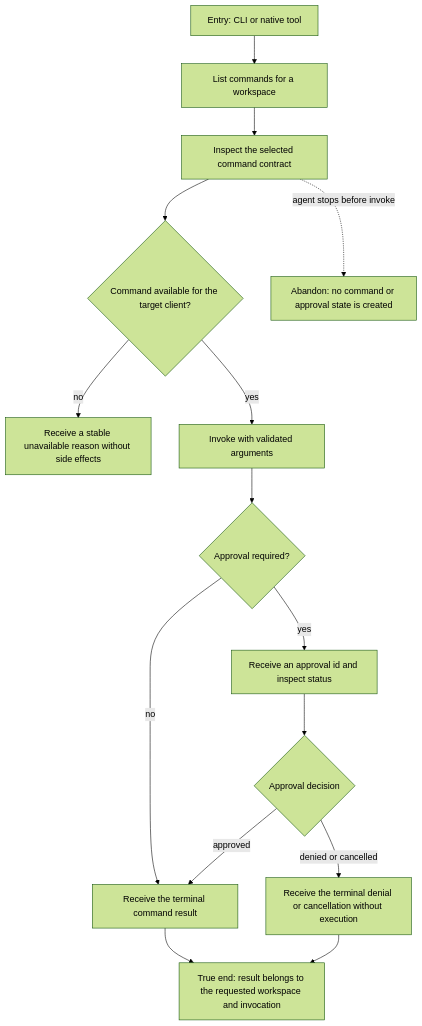
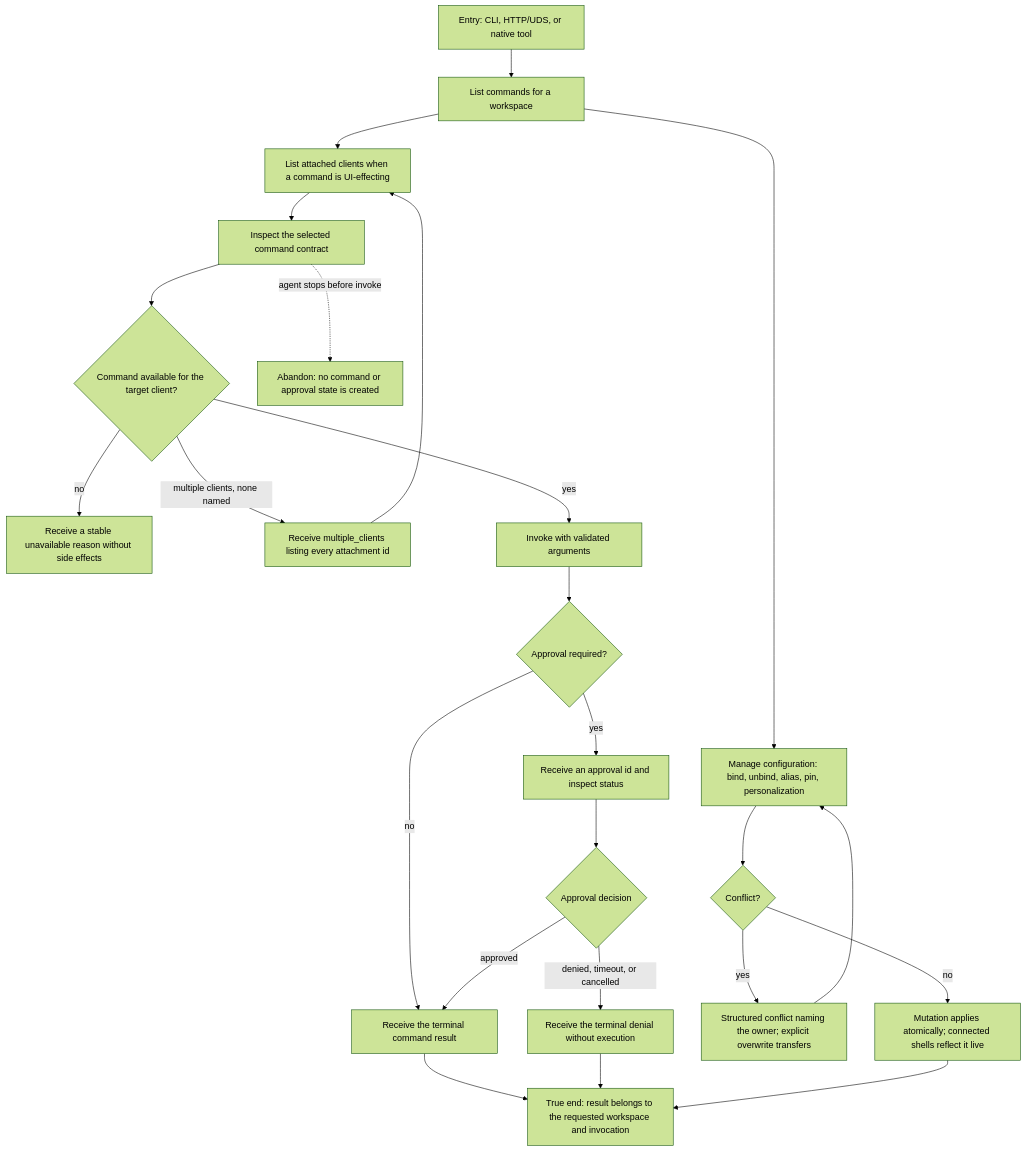
One commit to compozy/compozy changed the diagram in docs/qa/journeys/J-operate-command-palette.md. Above: the diagram before and after it, drawn with Mermaid (forest theme). The commit also changed other lines of this file and 25 other files, not shown here.

First line of the commit message:
feat: QA Plan and Session Charters #11

````diff
--- a/docs/qa/journeys/J-operate-command-palette.md
+++ b/docs/qa/journeys/J-operate-command-palette.md
@@ -6,17 +8,26 @@
 ```mermaid
 flowchart TD
-    A[Entry: CLI or native tool] --> B[List commands for a workspace]
-    B --> C[Inspect the selected command contract]
+    A[Entry: CLI, HTTP/UDS, or native tool] --> B[List commands for a workspace]
+    B --> B2[List attached clients when a command is UI-effecting]
+    B2 --> C[Inspect the selected command contract]
     C --> D{Command available for the target client?}
     D -->|no| E[Receive a stable unavailable reason without side effects]
+    D -->|multiple clients, none named| E2[Receive multiple_clients listing every attachment id]
+    E2 --> B2
     D -->|yes| F[Invoke with validated arguments]
     F --> G{Approval required?}
     G -->|no| H[Receive the terminal command result]
     G -->|yes| I[Receive an approval id and inspect status]
     I --> J{Approval decision}
     J -->|approved| H
-    J -->|denied or cancelled| K[Receive the terminal denial or cancellation without execution]
+    J -->|denied, timeout, or cancelled| K[Receive the terminal denial without execution]
     H --> L[True end: result belongs to the requested workspace and invocation]
     K --> L
+    B --> M[Manage configuration: bind, unbind, alias, pin, personalization]
+    M --> N{Conflict?}
+    N -->|yes| O[Structured conflict naming the owner; explicit overwrite transfers]
+    N -->|no| P[Mutation applies atomically; connected shells reflect it live]
+    O --> M
+    P --> L
     C -.->|agent stops before invoke| X[Abandon: no command or approval state is created]
 ```
````
